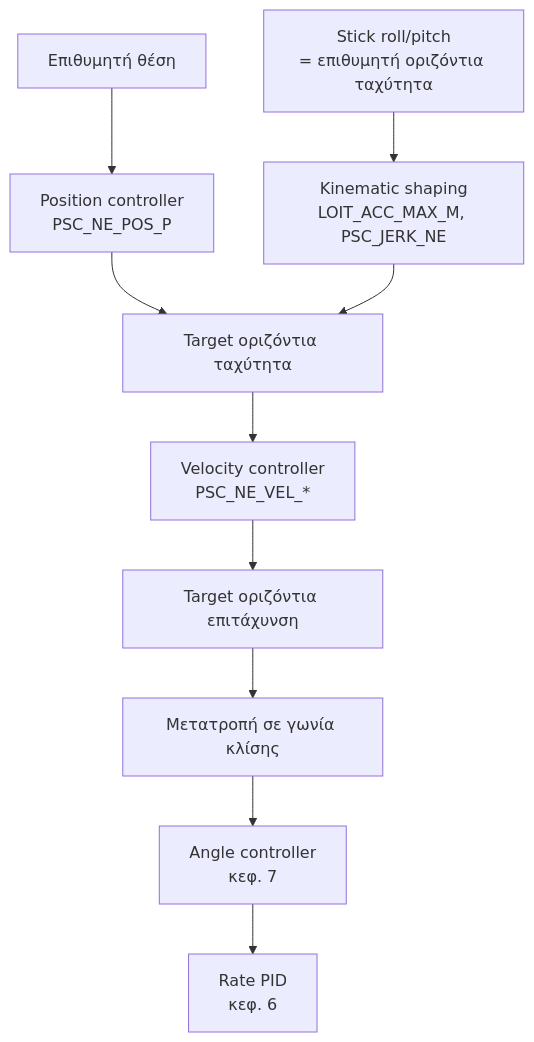
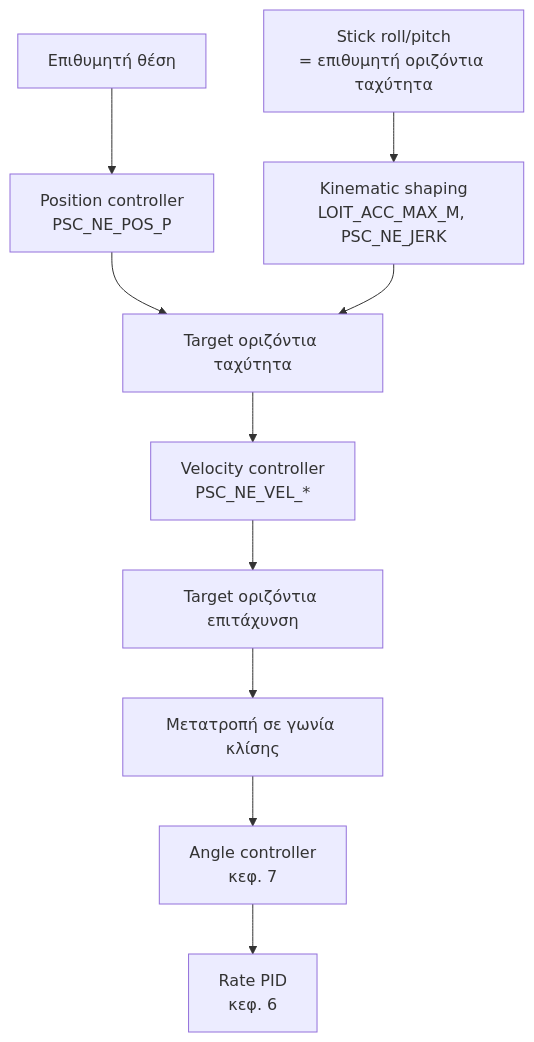
The first of 4 diagrams in Οδηγος copter/09-Loiter-Mode-Tuning.md (thanospaz/ardupilot), drawn with Mermaid before and after one commit. The commit also changed other lines of this file and 8 other files, not shown here.

````diff
--- a/Οδηγος copter/09-Loiter-Mode-Tuning.md
+++ b/Οδηγος copter/09-Loiter-Mode-Tuning.md
@@ -15,12 +15,12 @@
 ```mermaid
 flowchart TD
-    STK["Stick roll/pitch<br/>= επιθυμητή οριζόντια ταχύτητα"] --> KIN["Kinematic shaping<br/>LOIT_ACC_MAX_M, PSC_JERK_NE"]
+    STK["Stick roll/pitch<br/>= επιθυμητή οριζόντια ταχύτητα"] --> KIN["Kinematic shaping<br/>LOIT_ACC_MAX_M, PSC_NE_JERK"]
     TPOS["Επιθυμητή θέση"] --> POS["Position controller<br/>PSC_NE_POS_P"]
     POS --> VTGT["Target οριζόντια ταχύτητα"]
     KIN --> VTGT
     VTGT --> VEL["Velocity controller<br/>PSC_NE_VEL_*"]
     VEL --> ATGT["Target οριζόντια επιτάχυνση"]
     ATGT --> ANG["Μετατροπή σε γωνία κλίσης"]
     ANG --> ATT["Angle controller<br/>κεφ. 7"]
     ATT --> RATE["Rate PID<br/>κεφ. 6"]
 ```
````
